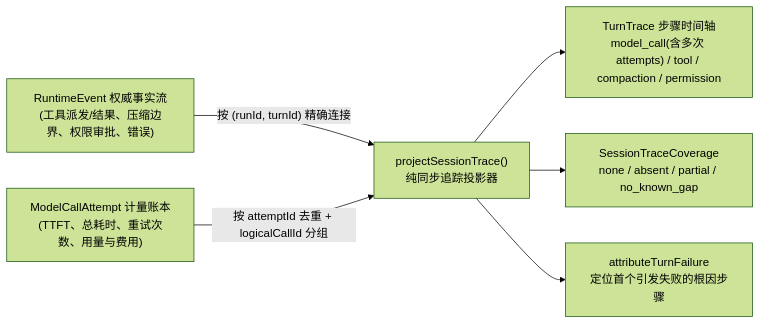
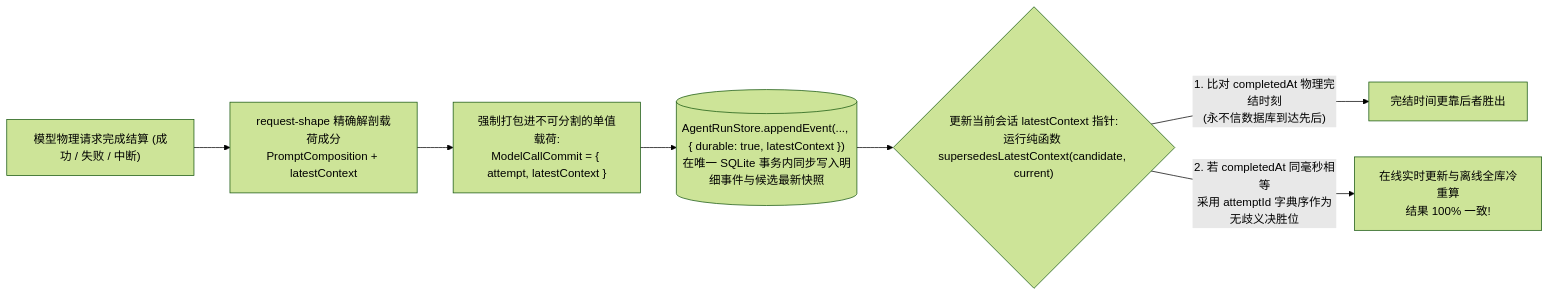
Before and after one commit to suger-m/agent-infrastructure-docs: the diagram in maka-agent-infra/06-operations/observability.md, drawn with Mermaid (forest theme). The commit also changed other lines of this file and 33 other files, not shown here.

Commit message:
docs(ts): overhaul all 32 TS architecture chapters in razor-sharp microkernel style & polish Rust foundations

````diff
--- a/maka-agent-infra/06-operations/observability.md
+++ b/maka-agent-infra/06-operations/observability.md
@@ -146,9 +34,9 @@
 ```mermaid
 flowchart LR
-    Spine["RuntimeEvent 权威事实流<br/>(工具派发/结果、压缩边界、权限审批、错误)"] -->|"按 (runId, turnId) 精确连接"| Proj["projectSessionTrace()<br/>纯同步追踪投影器"]
-    Ledger["ModelCallAttempt 计量账本<br/>(TTFT、总耗时、重试次数、用量与费用)"] -->|"按 attemptId 去重 + logicalCallId 分组"| Proj
-
-    Proj --> Waterfall["TurnTrace 步骤时间轴<br/>model_call(含多次 attempts) / tool / compaction / permission"]
-    Proj --> Coverage["SessionTraceCoverage<br/>none / absent / partial / no_known_gap"]
-    Proj --> Attr["attributeTurnFailure<br/>定位首个引发失败的根因步骤"]
+    Exec["模型物理请求完成结算 (成功 / 失败 / 中断)"] --> Shape["request-shape 精确解剖载荷成分<br/>PromptComposition + latestContext"]
+    Shape --> Package["强制打包进不可分割的单值载荷:<br/>ModelCallCommit = { attempt, latestContext }"]
+    Package --> AtomicTx[("AgentRunStore.appendEvent(..., { durable: true, latestContext })<br/>在唯一 SQLite 事务内同步写入明细事件与候选最新快照")]
+    AtomicTx --> Arbiter{"更新当前会话 latestContext 指针:<br/>运行纯函数 supersedesLatestContext(candidate, current)"}
+    Arbiter -->|"1. 比对 completedAt 物理完结时刻<br/>(永不信数据库到达先后)"| Win1["完结时间更靠后者胜出"]
+    Arbiter -->|"2. 若 completedAt 同毫秒相等<br/>采用 attemptId 字典序作为无歧义决胜位"| Win2["在线实时更新与离线全库冷重算<br/>结果 100% 一致!"]
 ```
````
